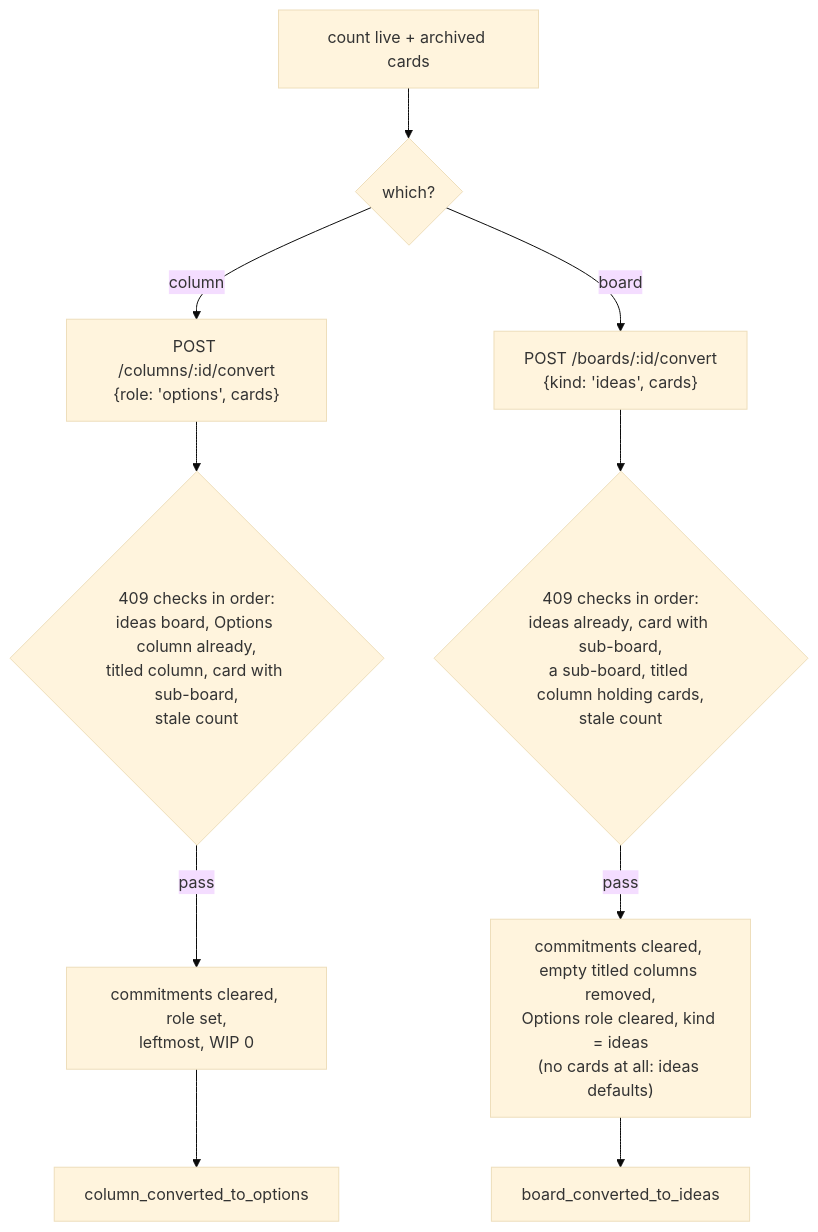
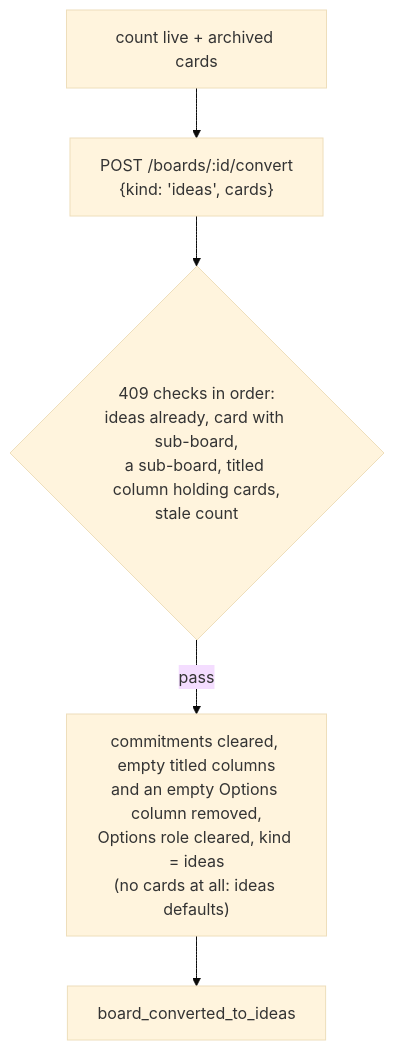
The fifth of 6 diagrams in docs/upstream-kanban.md (gitBoon/DumpFire), drawn with Mermaid (base theme) before and after one commit. The commit also changed other lines of this file and 34 other files, not shown here.

````diff
--- a/docs/upstream-kanban.md
+++ b/docs/upstream-kanban.md
@@ -292,12 +350,7 @@
 ```mermaid
 flowchart TD
-    Ask["count live + archived cards"] --> Req{"which?"}
-    Req -->|"column"| CC["POST /columns/:id/convert<br/>{role: 'options', cards}"]
-    Req -->|"board"| CB["POST /boards/:id/convert<br/>{kind: 'ideas', cards}"]
-    CC --> RC{"409 checks in order:<br/>ideas board, Options column already,<br/>titled column, card with sub-board,<br/>stale count"}
+    Ask["count live + archived cards"] --> CB["POST /boards/:id/convert<br/>{kind: 'ideas', cards}"]
     CB --> RB{"409 checks in order:<br/>ideas already, card with sub-board,<br/>a sub-board, titled column holding cards,<br/>stale count"}
-    RC -->|"pass"| TC["commitments cleared, role set,<br/>leftmost, WIP 0"]
-    RB -->|"pass"| TB["commitments cleared, empty titled columns removed,<br/>Options role cleared, kind = ideas<br/>(no cards at all: ideas defaults)"]
-    TC --> EC["column_converted_to_options"]
+    RB -->|"pass"| TB["commitments cleared, empty titled columns<br/>and an empty Options column removed,<br/>Options role cleared, kind = ideas<br/>(no cards at all: ideas defaults)"]
     TB --> EB["board_converted_to_ideas"]
 ```
````
